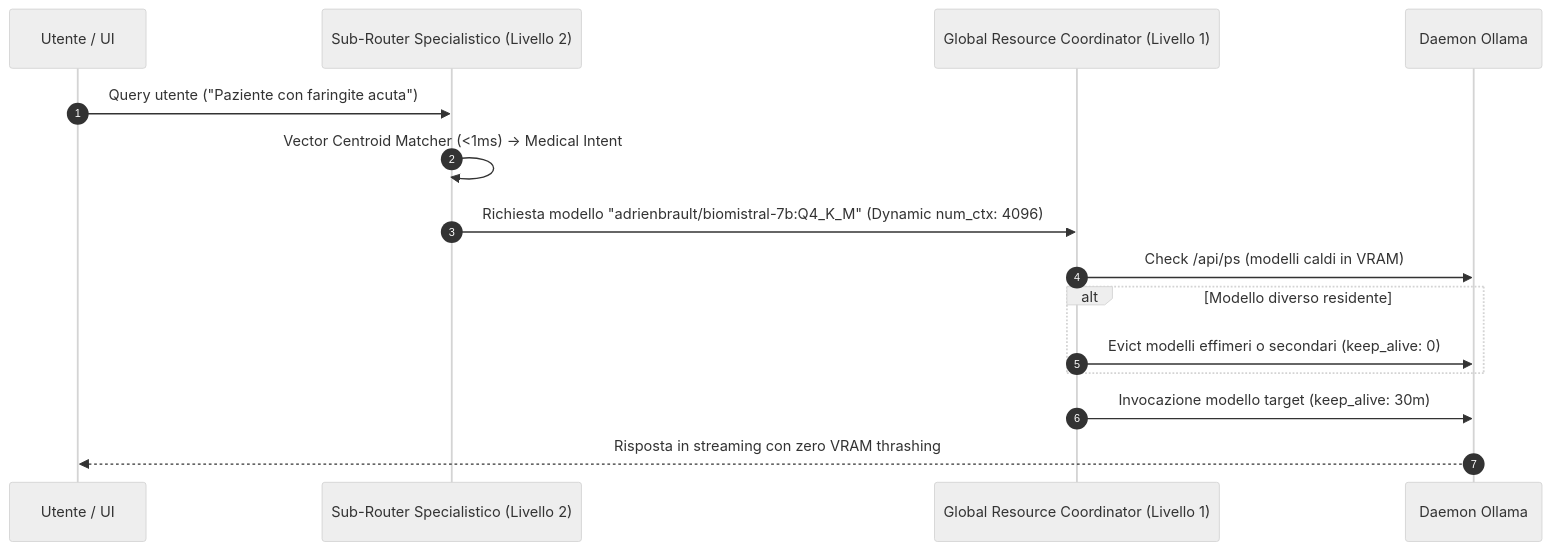
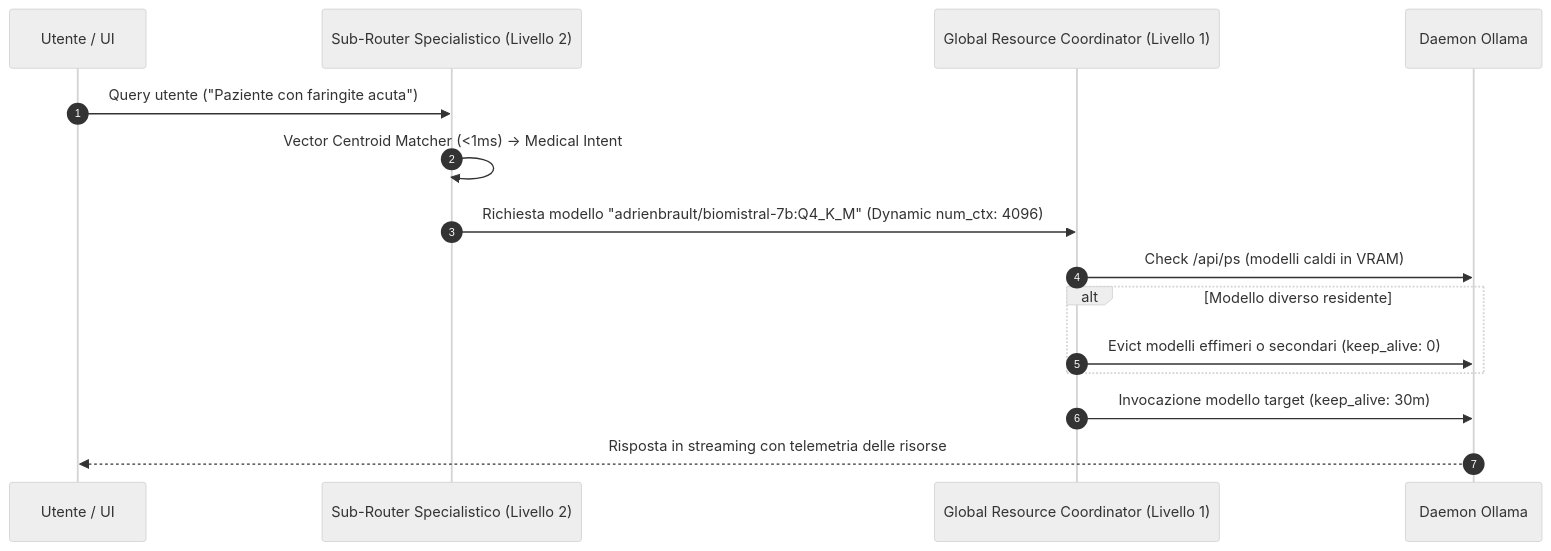
The second of 3 diagrams in docs/architecture.md (dennidalpos/OnlyRagV2), drawn with Mermaid (neutral theme) before and after one commit. The commit also changed other lines of this file and 5 other files, not shown here.

````diff
--- a/docs/architecture.md
+++ b/docs/architecture.md
@@ -96,18 +96,18 @@
 ```mermaid
 sequenceDiagram
     autonumber
     participant User as Utente / UI
     participant Router as Sub-Router Specialistico (Livello 2)
     participant Coord as Global Resource Coordinator (Livello 1)
     participant Ollama as Daemon Ollama
 
     User->>Router: Query utente ("Paziente con faringite acuta")
     Router->>Router: Vector Centroid Matcher (<1ms) -> Medical Intent
     Router->>Coord: Richiesta modello "adrienbrault/biomistral-7b:Q4_K_M" (Dynamic num_ctx: 4096)
     Coord->>Ollama: Check /api/ps (modelli caldi in VRAM)
     alt Modello diverso residente
         Coord->>Ollama: Evict modelli effimeri o secondari (keep_alive: 0)
     end
     Coord->>Ollama: Invocazione modello target (keep_alive: 30m)
-    Ollama-->>User: Risposta in streaming con zero VRAM thrashing
+    Ollama-->>User: Risposta in streaming con telemetria delle risorse
 ```
````
